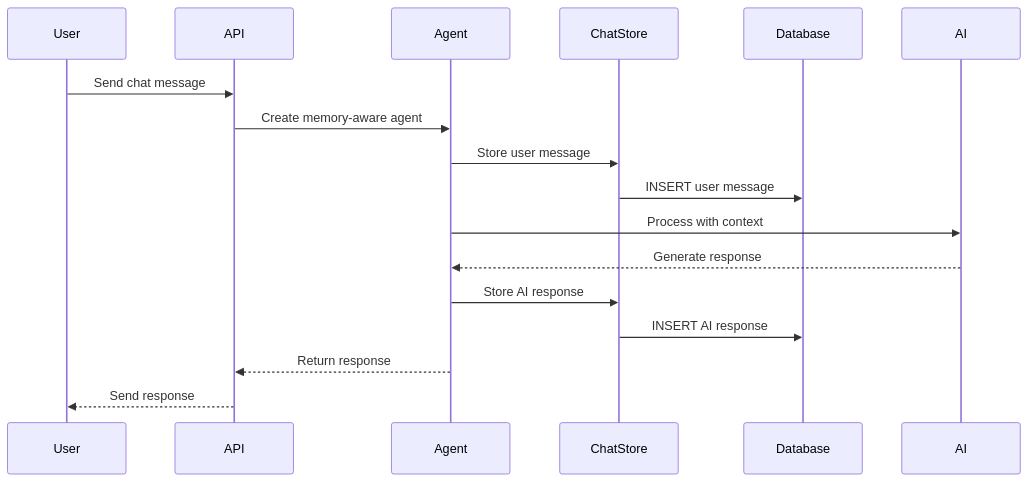
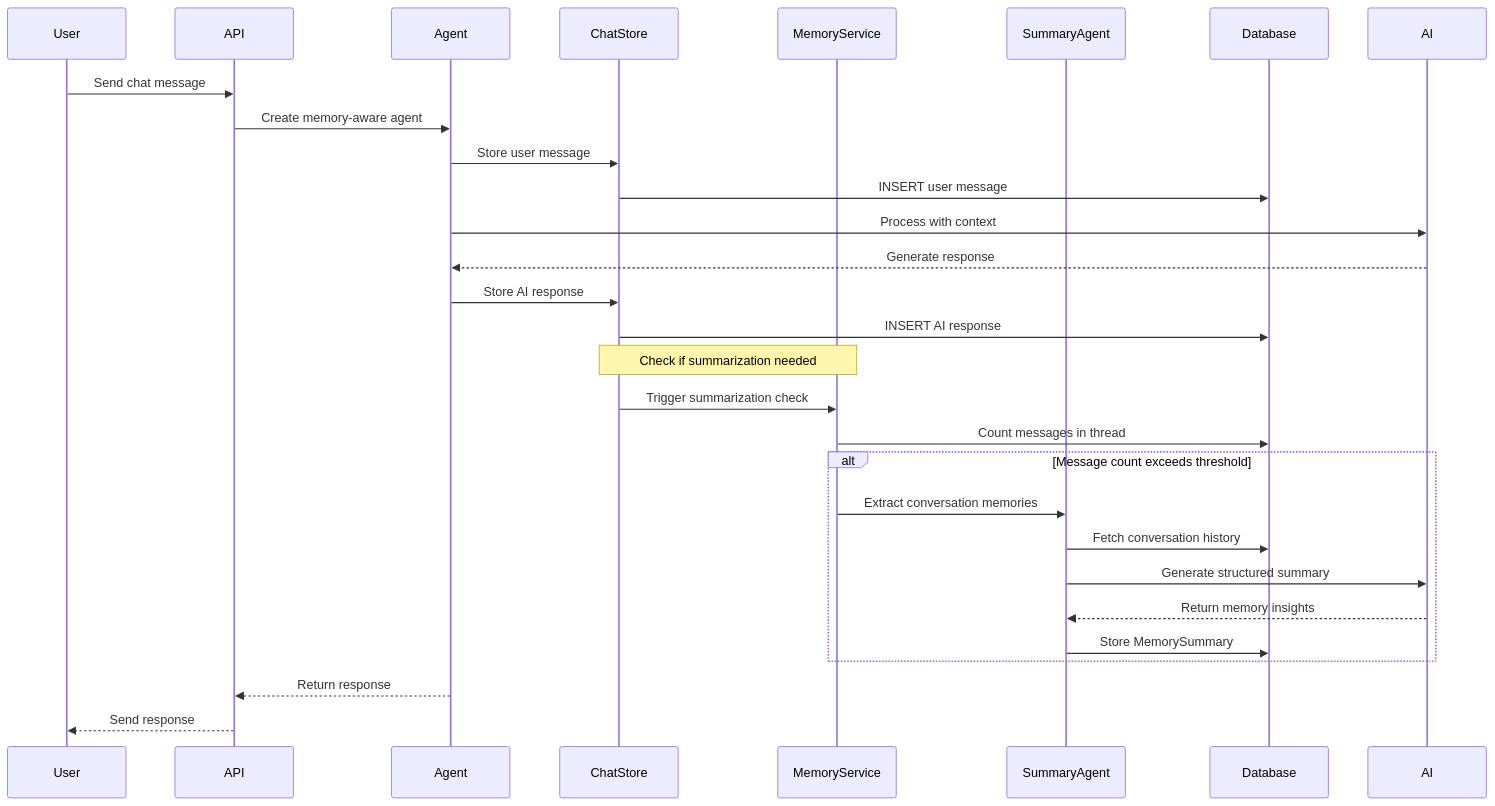
The diagram in docs/Memory-Architecture.md (fargum/portfoliomanager), drawn with Mermaid before and after one commit. The commit also changed other lines of this file, not shown here.

First line of the commit message:
Update Memory Architecture documentation for AI-powered summarization

````diff
--- a/docs/Memory-Architecture.md
+++ b/docs/Memory-Architecture.md
@@ -76,19 +104,33 @@
 ```mermaid
 sequenceDiagram
     participant User
     participant API
     participant Agent
     participant ChatStore
+    participant MemoryService
+    participant SummaryAgent
     participant Database
 
     User->>API: Send chat message
     API->>Agent: Create memory-aware agent
     Agent->>ChatStore: Store user message
     ChatStore->>Database: INSERT user message
     Agent->>AI: Process with context
     AI-->>Agent: Generate response
     Agent->>ChatStore: Store AI response
     ChatStore->>Database: INSERT AI response
+    
+    Note over ChatStore,MemoryService: Check if summarization needed
+    ChatStore->>MemoryService: Trigger summarization check
+    MemoryService->>Database: Count messages in thread
+    alt Message count exceeds threshold
+        MemoryService->>SummaryAgent: Extract conversation memories
+        SummaryAgent->>Database: Fetch conversation history
+        SummaryAgent->>AI: Generate structured summary
+        AI-->>SummaryAgent: Return memory insights
+        SummaryAgent->>Database: Store MemorySummary
+    end
+    
     Agent-->>API: Return response
     API-->>User: Send response
 ```
````
